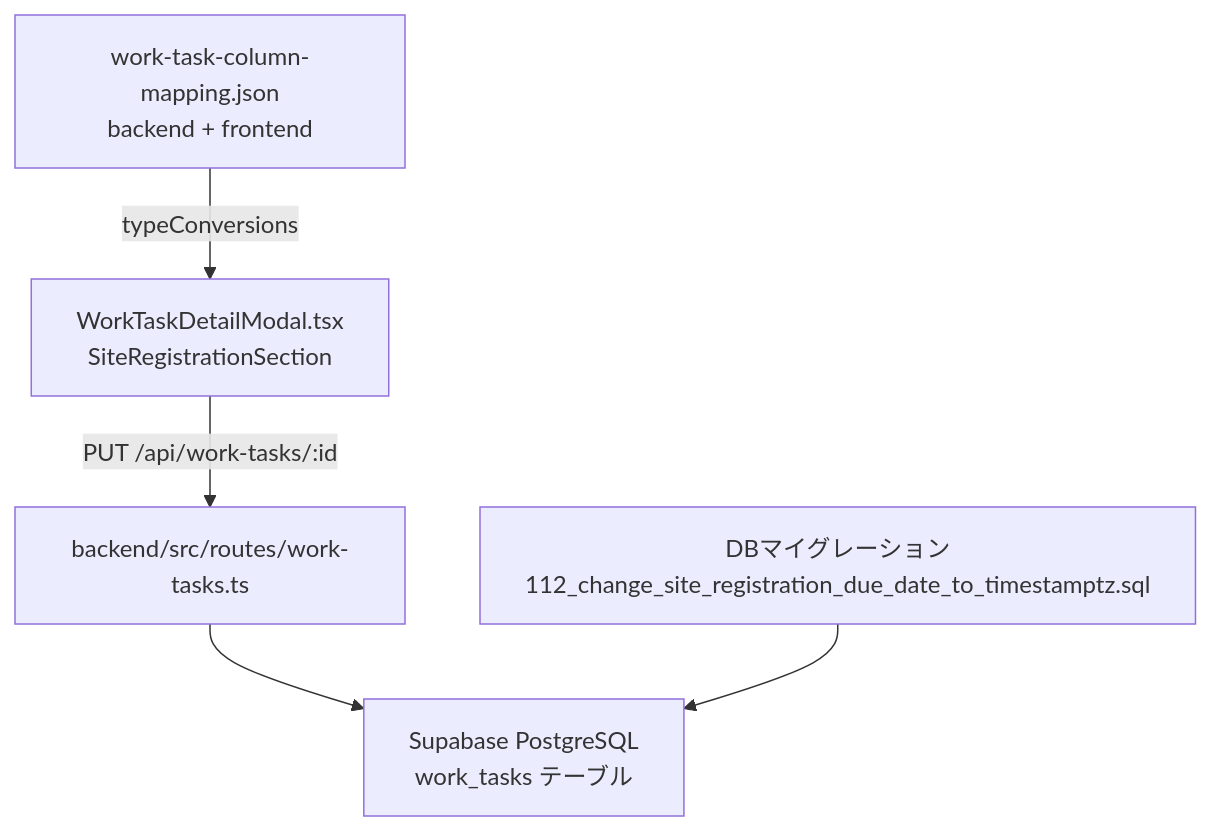
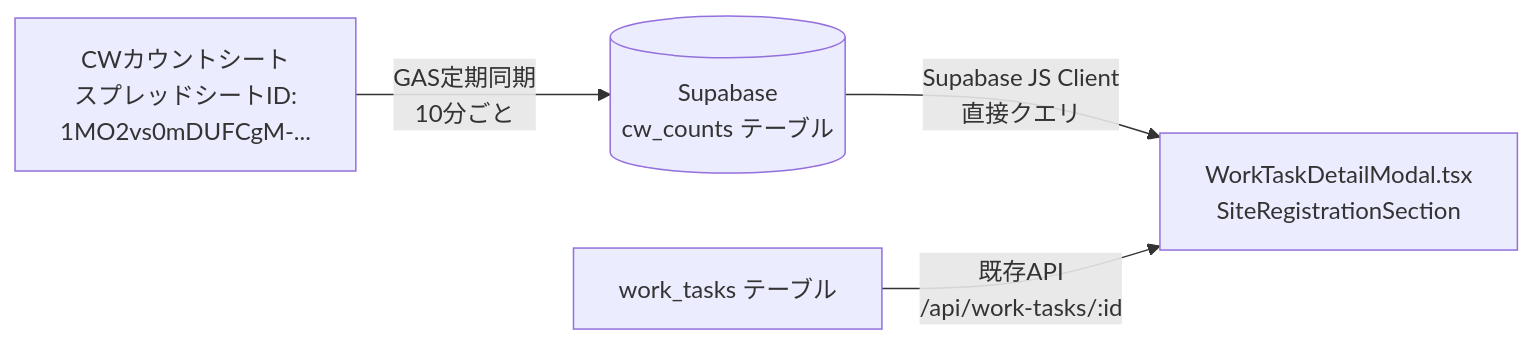
The diagram in .kiro/specs/business-request-site-registration-tab-enhancement/design.md (kunihiro1200/sateituikyaku-admin), drawn with Mermaid before and after one commit. The commit also changed other lines of this file and 6 other files, not shown here.

````diff
--- a/.kiro/specs/business-request-site-registration-tab-enhancement/design.md
+++ b/.kiro/specs/business-request-site-registration-tab-enhancement/design.md
@@ -18,7 +19,6 @@
 ```mermaid
-graph TD
-  A[WorkTaskDetailModal.tsx<br/>SiteRegistrationSection] -->|PUT /api/work-tasks/:id| B[backend/src/routes/work-tasks.ts]
-  B --> C[Supabase PostgreSQL<br/>work_tasks テーブル]
-  D[work-task-column-mapping.json<br/>backend + frontend] -->|typeConversions| A
-  E[DBマイグレーション<br/>112_change_site_registration_due_date_to_timestamptz.sql] --> C
+graph LR
+    A[CWカウントシート<br/>スプレッドシートID:<br/>1MO2vs0mDUFCgM-...] -->|GAS定期同期<br/>10分ごと| B[(Supabase<br/>cw_counts テーブル)]
+    B -->|Supabase JS Client<br/>直接クエリ| C[WorkTaskDetailModal.tsx<br/>SiteRegistrationSection]
+    D[work_tasks テーブル] -->|既存API<br/>/api/work-tasks/:id| C
 ```
````
